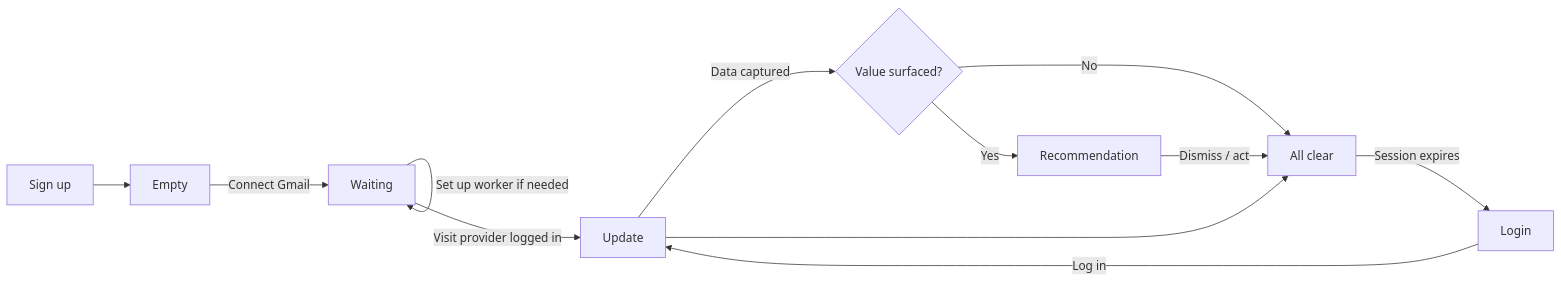
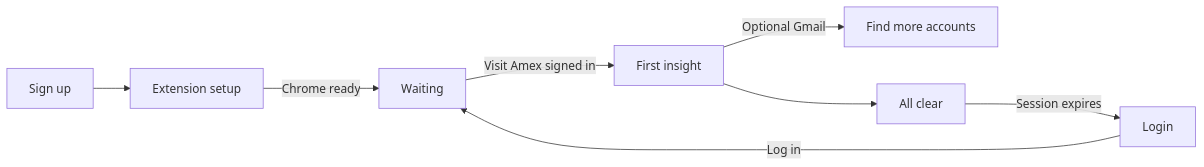
Before and after one commit to askmighty-ai/mighty-selfserve: the diagram in docs/HOME_EXPERIENCE.md, drawn with Mermaid. The commit also changed other lines of this file and 28 other files, not shown here.

First line of the commit message:
Ship Chrome-first Amex beta onboarding.

````diff
--- a/docs/HOME_EXPERIENCE.md
+++ b/docs/HOME_EXPERIENCE.md
@@ -494,14 +494,10 @@
 ```mermaid
 flowchart LR
-    A[Sign up] --> B[Empty]
-    B -->|Connect Gmail| C[Waiting]
-    C -->|Set up worker if needed| C
-    C -->|Visit provider logged in| D[Update]
-    D -->|Data captured| E{Value surfaced?}
-    E -->|Yes| F[Recommendation]
-    E -->|No| G[All clear]
-    F -->|Dismiss / act| G
-    G -->|Session expires| H[Login]
-    H -->|Log in| D
-    D --> G
+    A[Sign up] --> B[Extension setup]
+    B -->|Chrome ready| C[Waiting]
+    C -->|Visit Amex signed in| D[First insight]
+    D -->|Optional Gmail| E[Find more accounts]
+    D --> F[All clear]
+    F -->|Session expires| G[Login]
+    G -->|Log in| C
 ```
````
